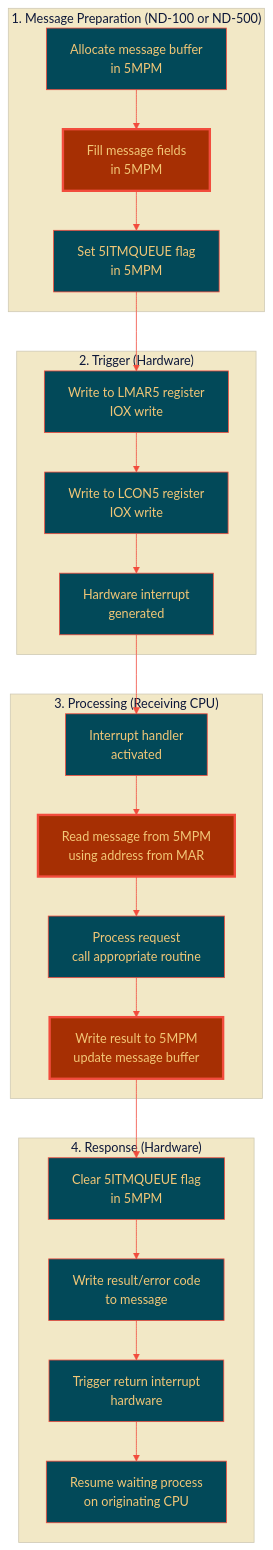
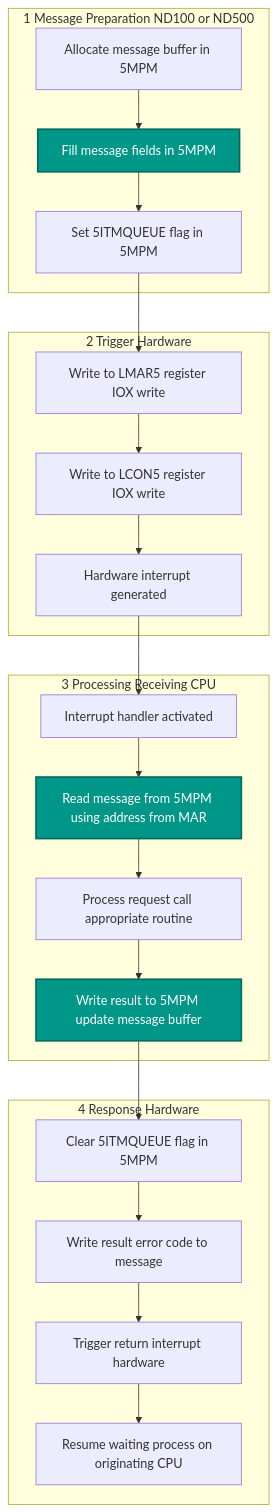
One commit to HackerCorpLabs/NDInsight changed the diagram in SINTRAN/OS/08-MESSAGE-PASSING-DETAILED.md. Above: the diagram before and after it, drawn with Mermaid. The commit also changed other lines of this file and 19 other files, not shown here.

Commit message:
Updated Mermaid diagrams

````diff
--- a/SINTRAN/OS/08-MESSAGE-PASSING-DETAILED.md
+++ b/SINTRAN/OS/08-MESSAGE-PASSING-DETAILED.md
@@ -26,37 +26,36 @@
 ```mermaid
-%%{init: {'theme':'base', 'themeVariables': {'primaryColor':'#024959','primaryTextColor':'#F2C777','primaryBorderColor':'#F24C3D','lineColor':'#F24C3D','secondaryColor':'#A62F03','tertiaryColor':'#F2E8C6'}}}%%
 flowchart TB
-    subgraph PREP ["1. Message Preparation (ND-100 or ND-500)"]
-        A1[Allocate message buffer<br/>in 5MPM]
-        A2[Fill message fields<br/>in 5MPM]
-        A3[Set 5ITMQUEUE flag<br/>in 5MPM]
+    subgraph PREP [1 Message Preparation ND100 or ND500]
+        A1[Allocate message buffer in 5MPM]
+        A2[Fill message fields in 5MPM]
+        A3[Set 5ITMQUEUE flag in 5MPM]
     end
-    
-    subgraph TRIG ["2. Trigger (Hardware)"]
-        B1[Write to LMAR5 register<br/>IOX write]
-        B2[Write to LCON5 register<br/>IOX write]
-        B3[Hardware interrupt<br/>generated]
+
+    subgraph TRIG [2 Trigger Hardware]
+        B1[Write to LMAR5 register IOX write]
+        B2[Write to LCON5 register IOX write]
+        B3[Hardware interrupt generated]
     end
-    
-    subgraph PROC ["3. Processing (Receiving CPU)"]
-        C1[Interrupt handler<br/>activated]
-        C2[Read message from 5MPM<br/>using address from MAR]
-        C3[Process request<br/>call appropriate routine]
-        C4[Write result to 5MPM<br/>update message buffer]
+
+    subgraph PROC [3 Processing Receiving CPU]
+        C1[Interrupt handler activated]
+        C2[Read message from 5MPM using address from MAR]
+        C3[Process request call appropriate routine]
+        C4[Write result to 5MPM update message buffer]
     end
-    
-    subgraph RESP ["4. Response (Hardware)"]
-        D1[Clear 5ITMQUEUE flag<br/>in 5MPM]
-        D2[Write result/error code<br/>to message]
-        D3[Trigger return interrupt<br/>hardware]
-        D4[Resume waiting process<br/>on originating CPU]
+
+    subgraph RESP [4 Response Hardware]
+        D1[Clear 5ITMQUEUE flag in 5MPM]
+        D2[Write result error code to message]
+        D3[Trigger return interrupt hardware]
+        D4[Resume waiting process on originating CPU]
     end
-    
+
     A1 --> A2 --> A3 --> B1 --> B2 --> B3
     B3 --> C1 --> C2 --> C3 --> C4
     C4 --> D1 --> D2 --> D3 --> D4
-    
-    style A2 fill:#A62F03,stroke:#F24C3D,stroke-width:3px,color:#F2C777
-    style C2 fill:#A62F03,stroke:#F24C3D,stroke-width:3px,color:#F2C777
-    style C4 fill:#A62F03,stroke:#F24C3D,stroke-width:3px,color:#F2C777
+
+    style A2 fill:#009688,stroke:#00695C,stroke-width:2px,color:#fff
+    style C2 fill:#009688,stroke:#00695C,stroke-width:2px,color:#fff
+    style C4 fill:#009688,stroke:#00695C,stroke-width:2px,color:#fff
 ```
````
